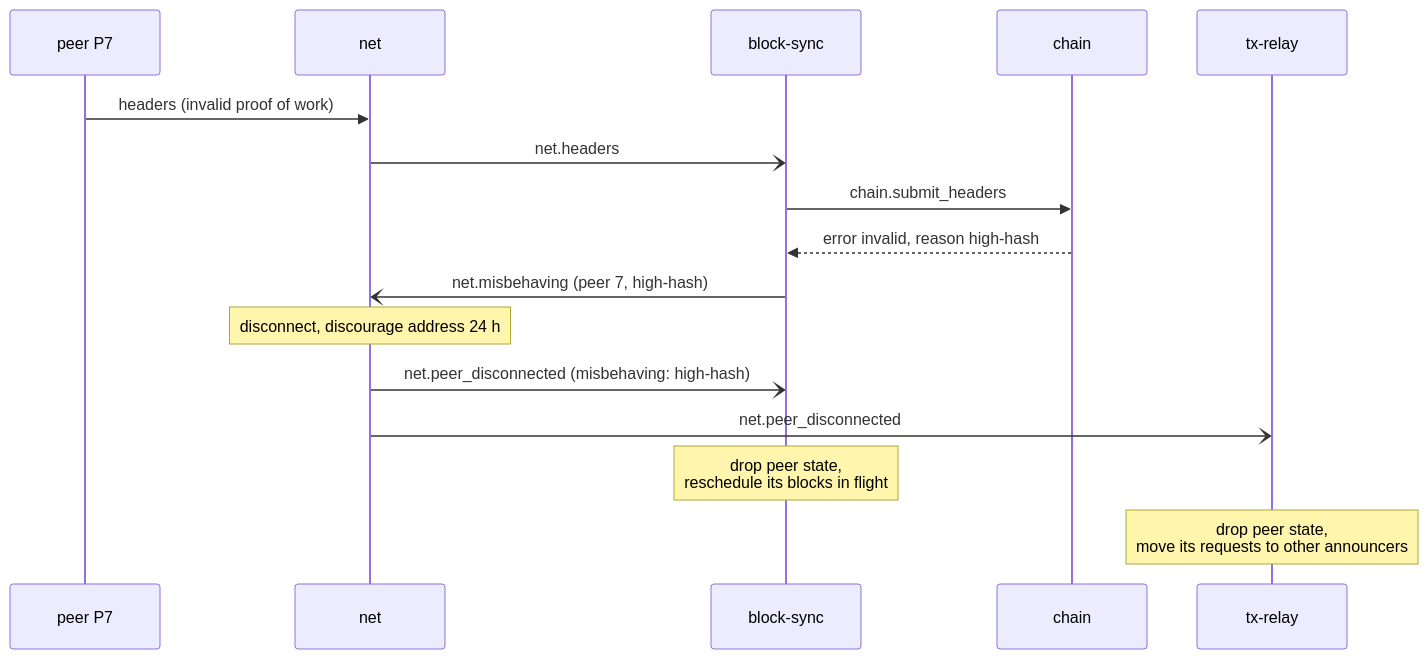
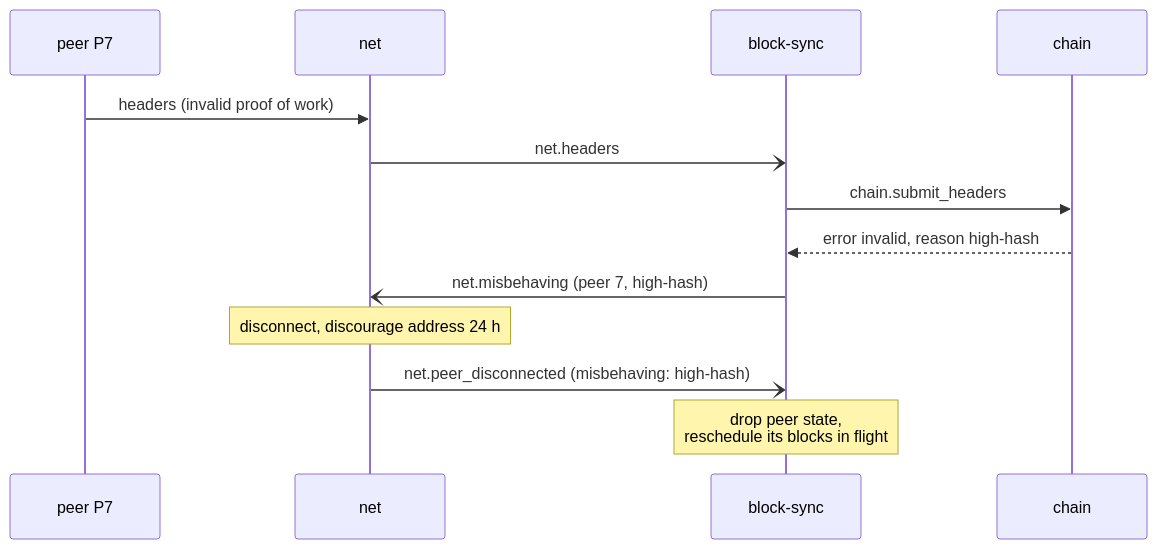
Before and after one commit to RustBTCD/btcd: the third of 3 diagrams in docs/flows/peer-lifecycle.md, drawn with Mermaid. The commit also changed other lines of this file and 31 other files, not shown here.

````diff
--- a/docs/flows/peer-lifecycle.md
+++ b/docs/flows/peer-lifecycle.md
@@ -61,18 +60,15 @@
 ```mermaid
 sequenceDiagram
     participant P as peer P7
     participant N as net
     participant BS as block-sync
     participant C as chain
-    participant TR as tx-relay
     P->>N: headers (invalid proof of work)
     N-)BS: net.headers
     BS->>C: chain.submit_headers
     C-->>BS: error invalid, reason high-hash
     BS-)N: net.misbehaving (peer 7, high-hash)
     Note over N: disconnect, discourage address 24 h
     N-)BS: net.peer_disconnected (misbehaving: high-hash)
-    N-)TR: net.peer_disconnected
     Note over BS: drop peer state,<br/>reschedule its blocks in flight
-    Note over TR: drop peer state,<br/>move its requests to other announcers
 ```
````
